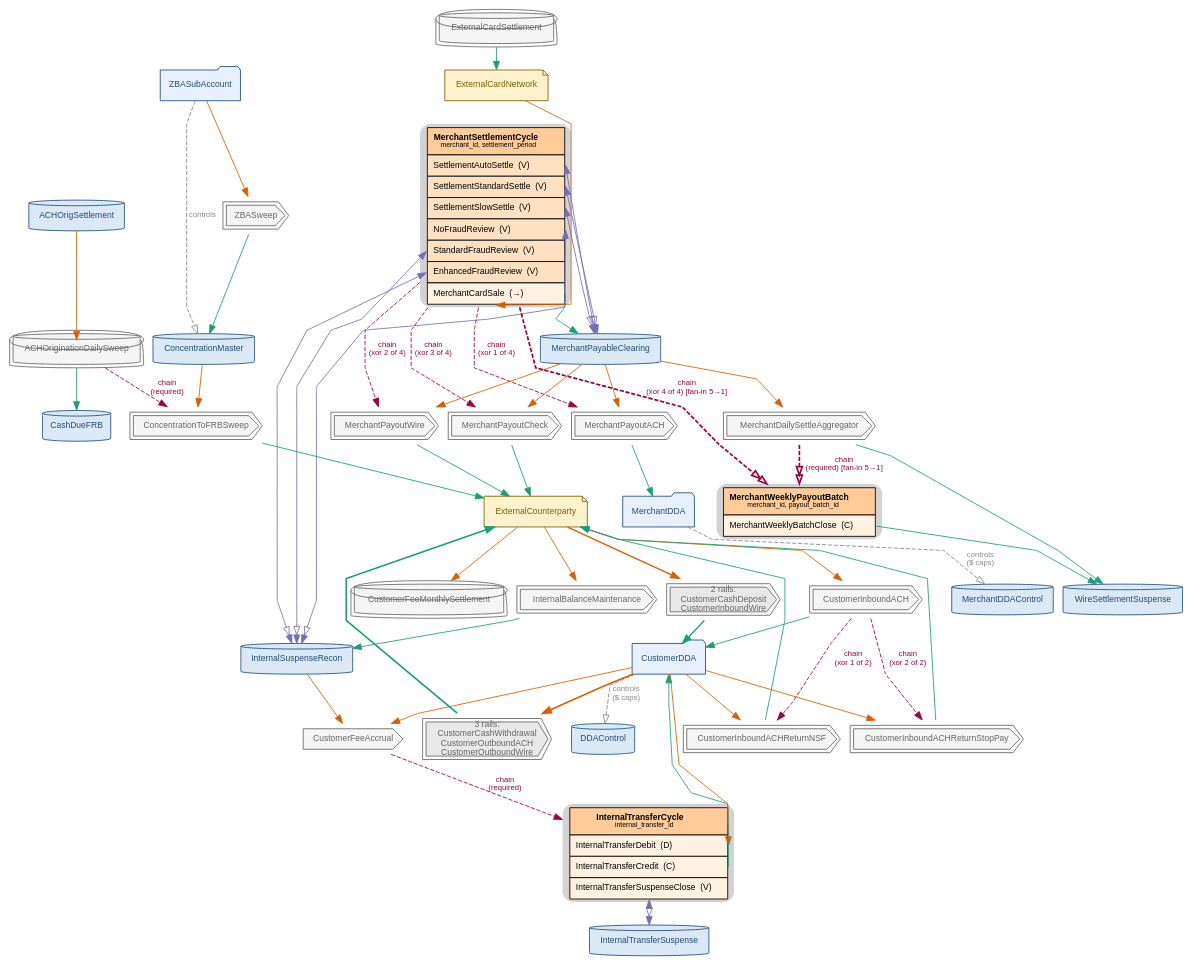
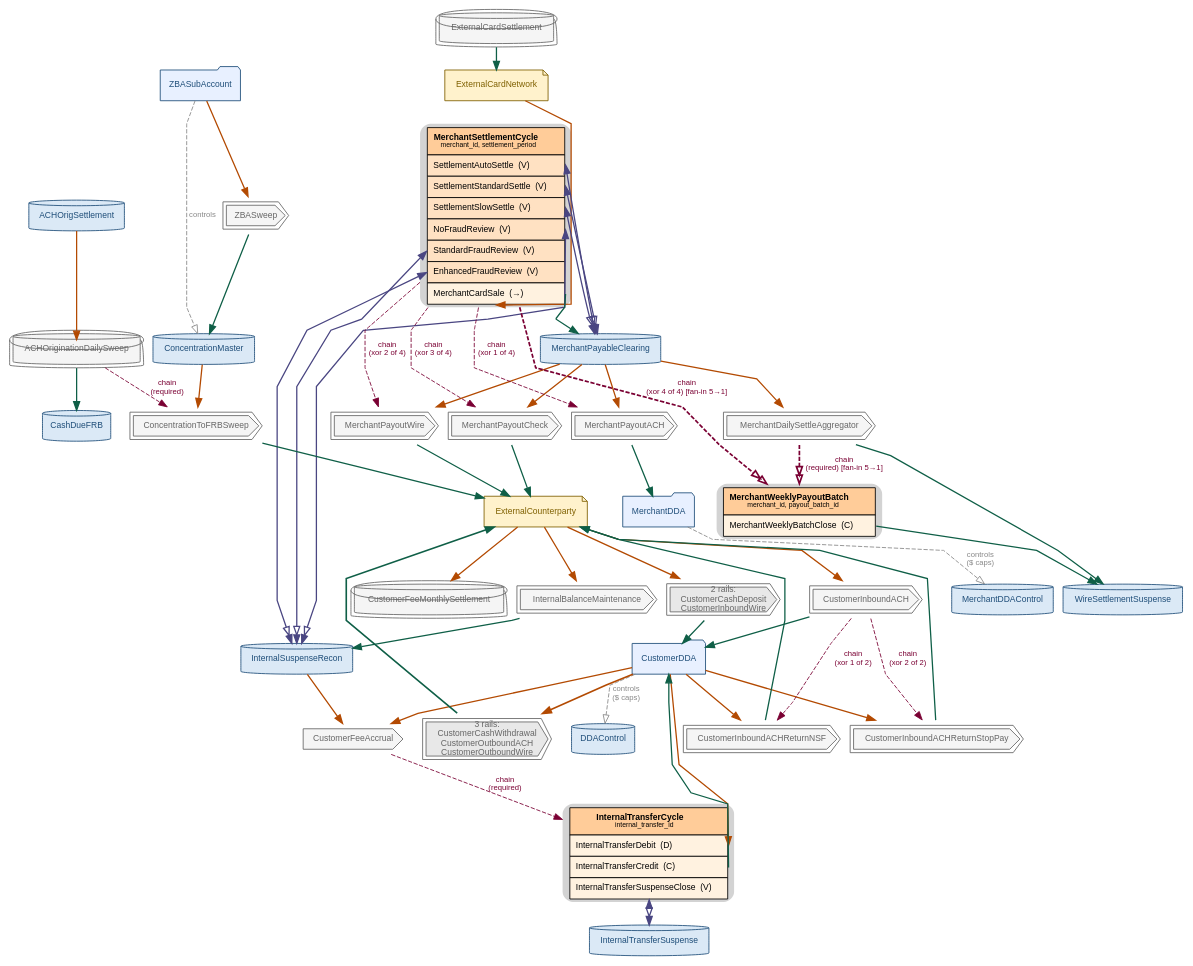
One commit to chotchki/recon-gen changed the diagram in docs/audits/cf_3_diagram_spike/sasquatch_pr_cf3f/l3.dot. Above: the diagram before and after it, drawn with Graphviz. The commit also changed 14 other files, not shown here.

```diff
--- a/docs/audits/cf_3_diagram_spike/sasquatch_pr_cf3f/l3.dot
+++ b/docs/audits/cf_3_diagram_spike/sasquatch_pr_cf3f/l3.dot
@@ -58,66 +58,66 @@
 CustomerCashWithdrawal
 CustomerOutboundACH
 CustomerOutboundWire" color="#666666" fillcolor="#e8e8e8" fontcolor="#666666" peripheries=2 shape=cds style=filled]
-	role__ExternalCounterparty -> rail__CustomerInboundACH [arrowhead=normal color="#d95f02"]
-	rail__CustomerInboundACH -> role__CustomerDDA [arrowhead=normal color="#1b9e77"]
-	role__CustomerDDA -> tmpl__InternalTransferCycle:leg_InternalTransferDebit [arrowhead=normal color="#d95f02"]
-	tmpl__InternalTransferCycle:leg_InternalTransferCredit -> role__CustomerDDA [arrowhead=normal color="#1b9e77"]
-	tmpl__InternalTransferCycle:leg_InternalTransferSuspenseClose -> role__InternalTransferSuspense [arrowhead=normalonormal color="#7570b3" dir=both]
-	role__CustomerDDA -> rail__CustomerFeeAccrual [arrowhead=normal color="#d95f02"]
-	role__InternalSuspenseRecon -> rail__CustomerFeeAccrual [arrowhead=normal color="#d95f02"]
-	role__ZBASubAccount -> rail__ZBASweep [arrowhead=normal color="#d95f02"]
-	rail__ZBASweep -> role__ConcentrationMaster [arrowhead=normal color="#1b9e77"]
-	role__ConcentrationMaster -> rail__ConcentrationToFRBSweep [arrowhead=normal color="#d95f02"]
-	rail__ConcentrationToFRBSweep -> role__ExternalCounterparty [arrowhead=normal color="#1b9e77"]
-	role__ACHOrigSettlement -> rail__ACHOriginationDailySweep [arrowhead=normal color="#d95f02"]
-	rail__ACHOriginationDailySweep -> role__CashDueFRB [arrowhead=normal color="#1b9e77"]
-	role__ExternalCounterparty -> rail__CustomerFeeMonthlySettlement [arrowhead=normal color="#d95f02"]
-	role__ExternalCounterparty -> rail__InternalBalanceMaintenance [arrowhead=normal color="#d95f02"]
-	rail__InternalBalanceMaintenance -> role__InternalSuspenseRecon [arrowhead=normal color="#1b9e77"]
-	role__CustomerDDA -> rail__CustomerInboundACHReturnNSF [arrowhead=normal color="#d95f02"]
-	rail__CustomerInboundACHReturnNSF -> role__ExternalCounterparty [arrowhead=normal color="#1b9e77"]
-	role__CustomerDDA -> rail__CustomerInboundACHReturnStopPay [arrowhead=normal color="#d95f02"]
-	rail__CustomerInboundACHReturnStopPay -> role__ExternalCounterparty [arrowhead=normal color="#1b9e77"]
-	role__ExternalCardNetwork -> tmpl__MerchantSettlementCycle:leg_MerchantCardSale [arrowhead=normal color="#d95f02"]
-	tmpl__MerchantSettlementCycle:leg_MerchantCardSale -> role__MerchantPayableClearing [arrowhead=normal color="#1b9e77"]
-	role__MerchantPayableClearing -> rail__MerchantPayoutACH [arrowhead=normal color="#d95f02"]
-	rail__MerchantPayoutACH -> role__MerchantDDA [arrowhead=normal color="#1b9e77"]
-	role__MerchantPayableClearing -> rail__MerchantPayoutWire [arrowhead=normal color="#d95f02"]
-	rail__MerchantPayoutWire -> role__ExternalCounterparty [arrowhead=normal color="#1b9e77"]
-	role__MerchantPayableClearing -> rail__MerchantPayoutCheck [arrowhead=normal color="#d95f02"]
-	rail__MerchantPayoutCheck -> role__ExternalCounterparty [arrowhead=normal color="#1b9e77"]
-	rail__ExternalCardSettlement -> role__ExternalCardNetwork [arrowhead=normal color="#1b9e77"]
-	tmpl__MerchantSettlementCycle:leg_SettlementAutoSettle -> role__MerchantPayableClearing [arrowhead=normalonormal color="#7570b3" dir=both]
-	tmpl__MerchantSettlementCycle:leg_SettlementStandardSettle -> role__MerchantPayableClearing [arrowhead=normalonormal color="#7570b3" dir=both]
-	tmpl__MerchantSettlementCycle:leg_SettlementSlowSettle -> role__MerchantPayableClearing [arrowhead=normalonormal color="#7570b3" dir=both]
-	tmpl__MerchantSettlementCycle:leg_NoFraudReview -> role__InternalSuspenseRecon [arrowhead=normalonormal color="#7570b3" dir=both]
-	tmpl__MerchantSettlementCycle:leg_StandardFraudReview -> role__InternalSuspenseRecon [arrowhead=normalonormal color="#7570b3" dir=both]
-	tmpl__MerchantSettlementCycle:leg_EnhancedFraudReview -> role__InternalSuspenseRecon [arrowhead=normalonormal color="#7570b3" dir=both]
-	role__MerchantPayableClearing -> rail__MerchantDailySettleAggregator [arrowhead=normal color="#d95f02"]
-	rail__MerchantDailySettleAggregator -> role__WireSettlementSuspense [arrowhead=normal color="#1b9e77"]
-	tmpl__MerchantWeeklyPayoutBatch:leg_MerchantWeeklyBatchClose -> role__WireSettlementSuspense [arrowhead=normal color="#1b9e77"]
-	role__ExternalCounterparty -> rail__bundle_0 [arrowhead=normal color="#d95f02" penwidth=1.6]
-	rail__bundle_0 -> role__CustomerDDA [arrowhead=normal color="#1b9e77" penwidth=1.6]
-	role__CustomerDDA -> rail__bundle_1 [arrowhead=normal color="#d95f02" penwidth=1.9]
-	rail__bundle_1 -> role__ExternalCounterparty [arrowhead=normal color="#1b9e77" penwidth=1.9]
+	role__ExternalCounterparty -> rail__CustomerInboundACH [arrowhead=normal color="#b34a02" penwidth=1.5]
+	rail__CustomerInboundACH -> role__CustomerDDA [arrowhead=normal color="#0f5f47" penwidth=1.5]
+	role__CustomerDDA -> tmpl__InternalTransferCycle:leg_InternalTransferDebit [arrowhead=normal color="#b34a02" penwidth=1.5]
+	tmpl__InternalTransferCycle:leg_InternalTransferCredit -> role__CustomerDDA [arrowhead=normal color="#0f5f47" penwidth=1.5]
+	tmpl__InternalTransferCycle:leg_InternalTransferSuspenseClose -> role__InternalTransferSuspense [arrowhead=normalonormal color="#4a4682" dir=both penwidth=1.5]
+	role__CustomerDDA -> rail__CustomerFeeAccrual [arrowhead=normal color="#b34a02" penwidth=1.5]
+	role__InternalSuspenseRecon -> rail__CustomerFeeAccrual [arrowhead=normal color="#b34a02" penwidth=1.5]
+	role__ZBASubAccount -> rail__ZBASweep [arrowhead=normal color="#b34a02" penwidth=1.5]
+	rail__ZBASweep -> role__ConcentrationMaster [arrowhead=normal color="#0f5f47" penwidth=1.5]
+	role__ConcentrationMaster -> rail__ConcentrationToFRBSweep [arrowhead=normal color="#b34a02" penwidth=1.5]
+	rail__ConcentrationToFRBSweep -> role__ExternalCounterparty [arrowhead=normal color="#0f5f47" penwidth=1.5]
+	role__ACHOrigSettlement -> rail__ACHOriginationDailySweep [arrowhead=normal color="#b34a02" penwidth=1.5]
+	rail__ACHOriginationDailySweep -> role__CashDueFRB [arrowhead=normal color="#0f5f47" penwidth=1.5]
+	role__ExternalCounterparty -> rail__CustomerFeeMonthlySettlement [arrowhead=normal color="#b34a02" penwidth=1.5]
+	role__ExternalCounterparty -> rail__InternalBalanceMaintenance [arrowhead=normal color="#b34a02" penwidth=1.5]
+	rail__InternalBalanceMaintenance -> role__InternalSuspenseRecon [arrowhead=normal color="#0f5f47" penwidth=1.5]
+	role__CustomerDDA -> rail__CustomerInboundACHReturnNSF [arrowhead=normal color="#b34a02" penwidth=1.5]
+	rail__CustomerInboundACHReturnNSF -> role__ExternalCounterparty [arrowhead=normal color="#0f5f47" penwidth=1.5]
+	role__CustomerDDA -> rail__CustomerInboundACHReturnStopPay [arrowhead=normal color="#b34a02" penwidth=1.5]
+	rail__CustomerInboundACHReturnStopPay -> role__ExternalCounterparty [arrowhead=normal color="#0f5f47" penwidth=1.5]
+	role__ExternalCardNetwork -> tmpl__MerchantSettlementCycle:leg_MerchantCardSale [arrowhead=normal color="#b34a02" penwidth=1.5]
+	tmpl__MerchantSettlementCycle:leg_MerchantCardSale -> role__MerchantPayableClearing [arrowhead=normal color="#0f5f47" penwidth=1.5]
+	role__MerchantPayableClearing -> rail__MerchantPayoutACH [arrowhead=normal color="#b34a02" penwidth=1.5]
+	rail__MerchantPayoutACH -> role__MerchantDDA [arrowhead=normal color="#0f5f47" penwidth=1.5]
+	role__MerchantPayableClearing -> rail__MerchantPayoutWire [arrowhead=normal color="#b34a02" penwidth=1.5]
+	rail__MerchantPayoutWire -> role__ExternalCounterparty [arrowhead=normal color="#0f5f47" penwidth=1.5]
+	role__MerchantPayableClearing -> rail__MerchantPayoutCheck [arrowhead=normal color="#b34a02" penwidth=1.5]
+	rail__MerchantPayoutCheck -> role__ExternalCounterparty [arrowhead=normal color="#0f5f47" penwidth=1.5]
+	rail__ExternalCardSettlement -> role__ExternalCardNetwork [arrowhead=normal color="#0f5f47" penwidth=1.5]
+	tmpl__MerchantSettlementCycle:leg_SettlementAutoSettle -> role__MerchantPayableClearing [arrowhead=normalonormal color="#4a4682" dir=both penwidth=1.5]
+	tmpl__MerchantSettlementCycle:leg_SettlementStandardSettle -> role__MerchantPayableClearing [arrowhead=normalonormal color="#4a4682" dir=both penwidth=1.5]
+	tmpl__MerchantSettlementCycle:leg_SettlementSlowSettle -> role__MerchantPayableClearing [arrowhead=normalonormal color="#4a4682" dir=both penwidth=1.5]
+	tmpl__MerchantSettlementCycle:leg_NoFraudReview -> role__InternalSuspenseRecon [arrowhead=normalonormal color="#4a4682" dir=both penwidth=1.5]
+	tmpl__MerchantSettlementCycle:leg_StandardFraudReview -> role__InternalSuspenseRecon [arrowhead=normalonormal color="#4a4682" dir=both penwidth=1.5]
+	tmpl__MerchantSettlementCycle:leg_EnhancedFraudReview -> role__InternalSuspenseRecon [arrowhead=normalonormal color="#4a4682" dir=both penwidth=1.5]
+	role__MerchantPayableClearing -> rail__MerchantDailySettleAggregator [arrowhead=normal color="#b34a02" penwidth=1.5]
+	rail__MerchantDailySettleAggregator -> role__WireSettlementSuspense [arrowhead=normal color="#0f5f47" penwidth=1.5]
+	tmpl__MerchantWeeklyPayoutBatch:leg_MerchantWeeklyBatchClose -> role__WireSettlementSuspense [arrowhead=normal color="#0f5f47" penwidth=1.5]
+	role__ExternalCounterparty -> rail__bundle_0 [arrowhead=normal color="#b34a02" penwidth=1.6]
+	rail__bundle_0 -> role__CustomerDDA [arrowhead=normal color="#0f5f47" penwidth=1.6]
+	role__CustomerDDA -> rail__bundle_1 [arrowhead=normal color="#b34a02" penwidth=1.9]
+	rail__bundle_1 -> role__ExternalCounterparty [arrowhead=normal color="#0f5f47" penwidth=1.9]
 	rail__ACHOriginationDailySweep -> rail__ConcentrationToFRBSweep [label="chain
-(required)" color="#9e0142" fontcolor="#9e0142" style=dashed]
+(required)" color="#7a0033" fontcolor="#7a0033" style=dashed]
 	rail__CustomerInboundACH -> rail__CustomerInboundACHReturnNSF [label="chain
-(xor 1 of 2)" color="#9e0142" fontcolor="#9e0142" style=dashed]
+(xor 1 of 2)" color="#7a0033" fontcolor="#7a0033" style=dashed]
 	rail__CustomerInboundACH -> rail__CustomerInboundACHReturnStopPay [label="chain
-(xor 2 of 2)" color="#9e0142" fontcolor="#9e0142" style=dashed]
+(xor 2 of 2)" color="#7a0033" fontcolor="#7a0033" style=dashed]
 	tmpl__MerchantSettlementCycle -> rail__MerchantPayoutACH [label="chain
-(xor 1 of 4)" color="#9e0142" fontcolor="#9e0142" style=dashed]
+(xor 1 of 4)" color="#7a0033" fontcolor="#7a0033" style=dashed]
 	tmpl__MerchantSettlementCycle -> rail__MerchantPayoutWire [label="chain
-(xor 2 of 4)" color="#9e0142" fontcolor="#9e0142" style=dashed]
+(xor 2 of 4)" color="#7a0033" fontcolor="#7a0033" style=dashed]
 	tmpl__MerchantSettlementCycle -> rail__MerchantPayoutCheck [label="chain
-(xor 3 of 4)" color="#9e0142" fontcolor="#9e0142" style=dashed]
+(xor 3 of 4)" color="#7a0033" fontcolor="#7a0033" style=dashed]
 	tmpl__MerchantSettlementCycle -> tmpl__MerchantWeeklyPayoutBatch [label="chain
-(xor 4 of 4) [fan-in 5→1]" arrowhead=onormalonormal color="#9e0142" fontcolor="#9e0142" penwidth=2.0 style=dashed]
+(xor 4 of 4) [fan-in 5→1]" arrowhead=onormalonormal color="#7a0033" fontcolor="#7a0033" penwidth=2.0 style=dashed]
 	rail__CustomerFeeAccrual -> tmpl__InternalTransferCycle [label="chain
-(required)" color="#9e0142" fontcolor="#9e0142" style=dashed]
+(required)" color="#7a0033" fontcolor="#7a0033" style=dashed]
 	rail__MerchantDailySettleAggregator -> tmpl__MerchantWeeklyPayoutBatch [label="chain
-(required) [fan-in 5→1]" arrowhead=onormalonormal color="#9e0142" fontcolor="#9e0142" penwidth=2.0 style=dashed]
+(required) [fan-in 5→1]" arrowhead=onormalonormal color="#7a0033" fontcolor="#7a0033" penwidth=2.0 style=dashed]
 	role__CustomerDDA -> role__DDAControl [label="controls
 ($ caps)" arrowhead=onormal color="#888888" fontcolor="#888888" style=dashed]
 	role__MerchantDDA -> role__MerchantDDAControl [label="controls
```
